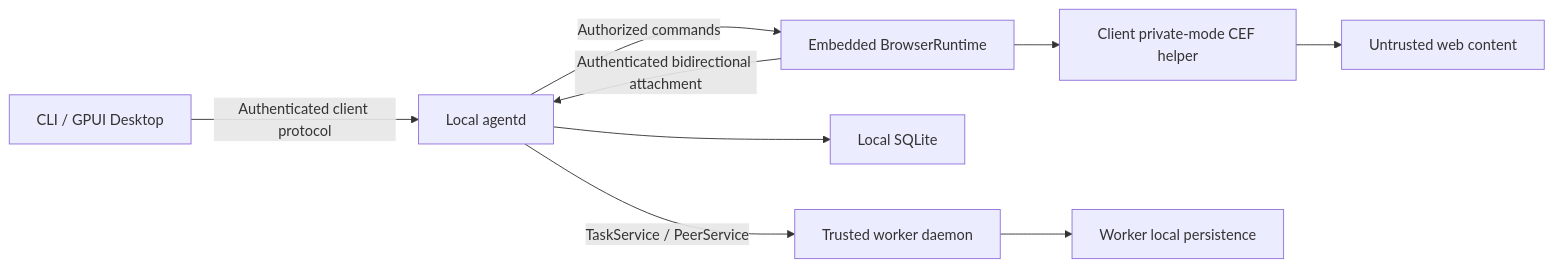
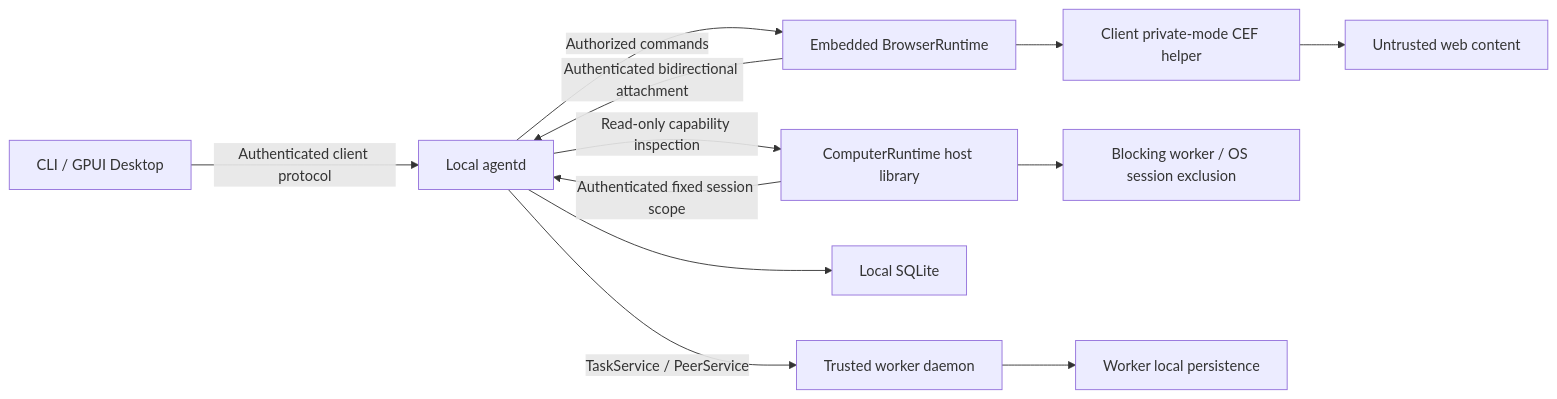
The fourth of 4 diagrams in docs/en/src/architecture.md (lyonbrown4d/lyonbrown), drawn with Mermaid before and after one commit. The commit also changed other lines of this file and 29 other files, not shown here.

Commit message:
feat: attach computer runtime to authenticated daemon sessions

````diff
--- a/docs/en/src/architecture.md
+++ b/docs/en/src/architecture.md
@@ -143,11 +149,14 @@
 ```mermaid
 flowchart LR
     Client[CLI / GPUI Desktop] -->|Authenticated client protocol| Daemon[Local agentd]
     Runtime[Embedded BrowserRuntime] -->|Authenticated bidirectional attachment| Daemon
     Daemon -->|Authorized commands| Runtime
     Runtime --> Helper[Client private-mode CEF helper]
     Helper --> Web[Untrusted web content]
+    Computer[ComputerRuntime host library] -->|Authenticated fixed session scope| Daemon
+    Daemon -->|Read-only capability inspection| Computer
+    Computer --> Native[Blocking worker / OS session exclusion]
     Daemon --> Local[Local SQLite]
     Daemon -->|TaskService / PeerService| Worker[Trusted worker daemon]
     Worker --> Remote[Worker local persistence]
 ```
````
